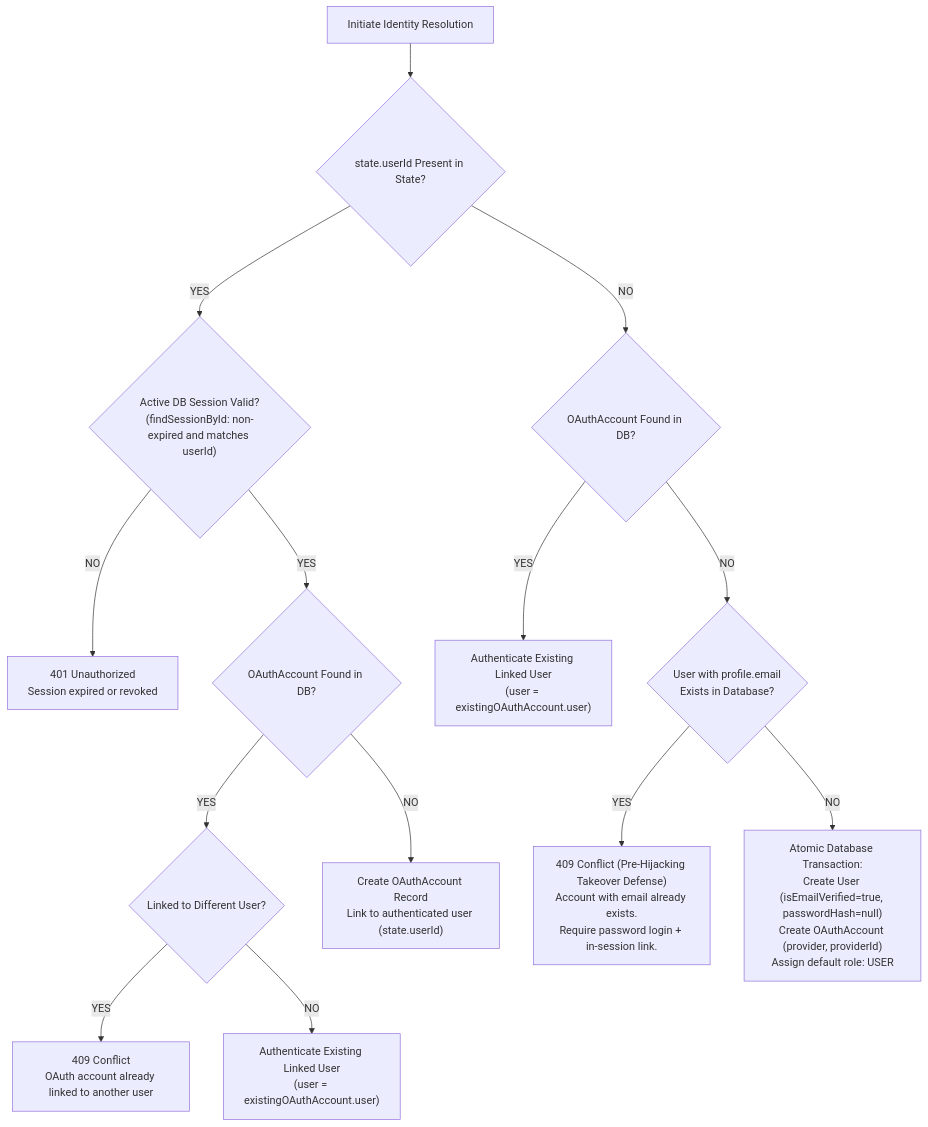
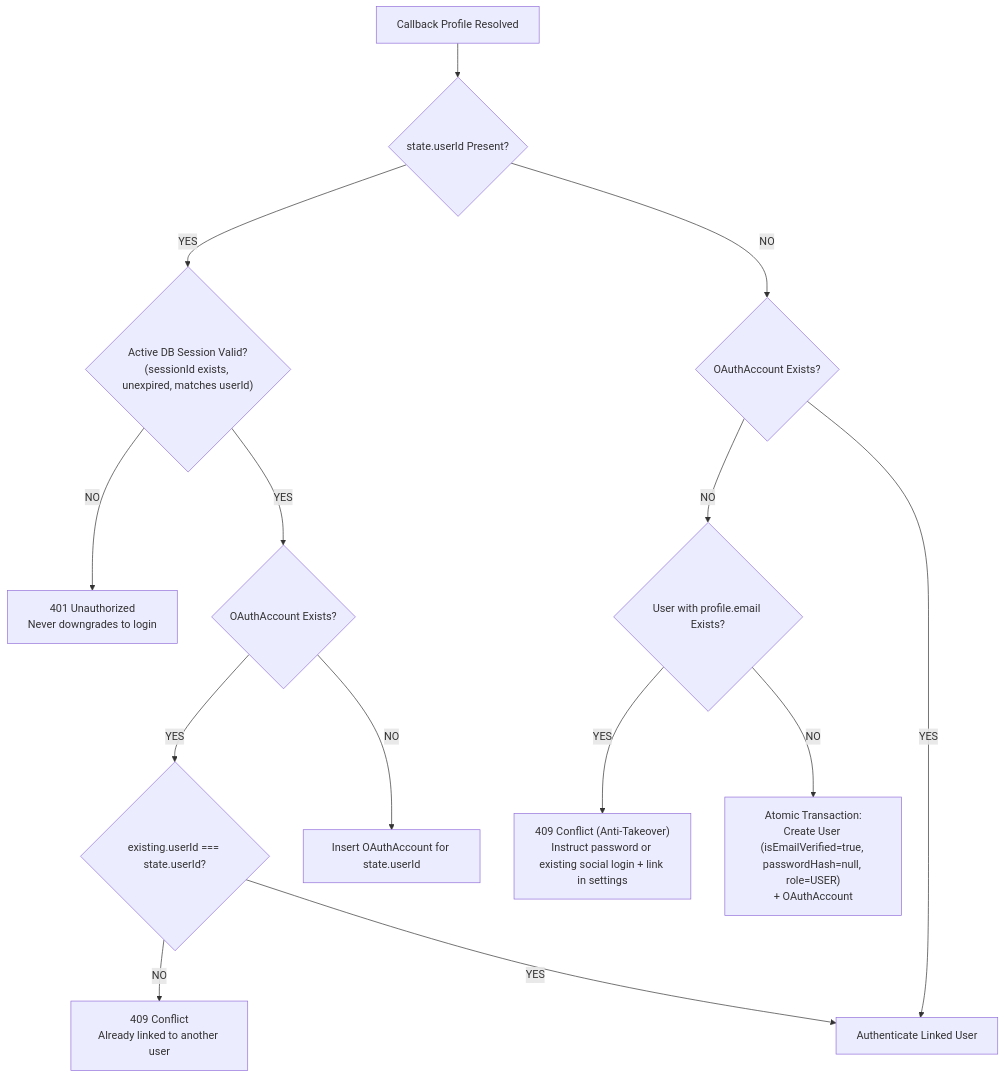
The fourth of 4 diagrams in docs/OAUTH.md (utkarshj014/authsphere), drawn with Mermaid before and after one commit. The commit also changed other lines of this file and 5 other files, not shown here.

````diff
--- a/docs/OAUTH.md
+++ b/docs/OAUTH.md
@@ -308,19 +160,19 @@
 ```mermaid
 flowchart TD
-    Start["Initiate Identity Resolution"] --> InSessionCheck{"state.userId Present in State?"}
+    Start["Callback Profile Resolved"] --> HasUser{"state.userId Present?"}
 
-    InSessionCheck -->|"YES"| SessionValidate{"Active DB Session Valid?<br/>(findSessionById: non-expired and matches userId)"}
-    SessionValidate -->|"NO"| Unauth["401 Unauthorized<br/>Session expired or revoked"]
-    SessionValidate -->|"YES"| ExistsCheckLinked{"OAuthAccount Found in DB?"}
+    HasUser -->|"YES"| Gate{"Active DB Session Valid?<br/>(sessionId exists, unexpired, matches userId)"}
+    Gate -->|"NO"| Reject401["401 Unauthorized<br/>Never downgrades to login"]
+    Gate -->|"YES"| FoundLinked{"OAuthAccount Exists?"}
 
-    ExistsCheckLinked -->|"YES"| LinkedMismatchCheck{"Linked to Different User?"}
-    LinkedMismatchCheck -->|"YES"| ConflictA["409 Conflict<br/>OAuth account already linked to another user"]
-    LinkedMismatchCheck -->|"NO"| AuthExisting["Authenticate Existing Linked User<br/>(user = existingOAuthAccount.user)"]
-    ExistsCheckLinked -->|"NO"| LinkAccount["Create OAuthAccount Record<br/>Link to authenticated user (state.userId)"]
+    FoundLinked -->|"YES"| SameOwner{"existing.userId === state.userId?"}
+    SameOwner -->|"NO"| Conflict409A["409 Conflict<br/>Already linked to another user"]
+    SameOwner -->|"YES"| AuthUser["Authenticate Linked User"]
+    FoundLinked -->|"NO"| LinkNew["Insert OAuthAccount for state.userId"]
 
-    InSessionCheck -->|"NO"| ExistsCheckUnauth{"OAuthAccount Found in DB?"}
-    ExistsCheckUnauth -->|"YES"| AuthExistingUnauth["Authenticate Existing Linked User<br/>(user = existingOAuthAccount.user)"]
-    ExistsCheckUnauth -->|"NO"| EmailCheck{"User with profile.email<br/>Exists in Database?"}
-    EmailCheck -->|"YES"| ConflictB["409 Conflict (Pre-Hijacking Takeover Defense)<br/>Account with email already exists.<br/>Require password login + in-session link."]
-    EmailCheck -->|"NO"| CreateNew["Atomic Database Transaction:<br/>Create User (isEmailVerified=true, passwordHash=null)<br/>Create OAuthAccount (provider, providerId)<br/>Assign default role: USER"]
+    HasUser -->|"NO"| FoundUnauth{"OAuthAccount Exists?"}
+    FoundUnauth -->|"YES"| AuthUser
+    FoundUnauth -->|"NO"| EmailExists{"User with profile.email Exists?"}
+    EmailExists -->|"YES"| Conflict409B["409 Conflict (Anti-Takeover)<br/>Instruct password or existing social login + link in settings"]
+    EmailExists -->|"NO"| AtomicSignup["Atomic Transaction:<br/>Create User (isEmailVerified=true, passwordHash=null, role=USER)<br/>+ OAuthAccount"]
 ```
````
